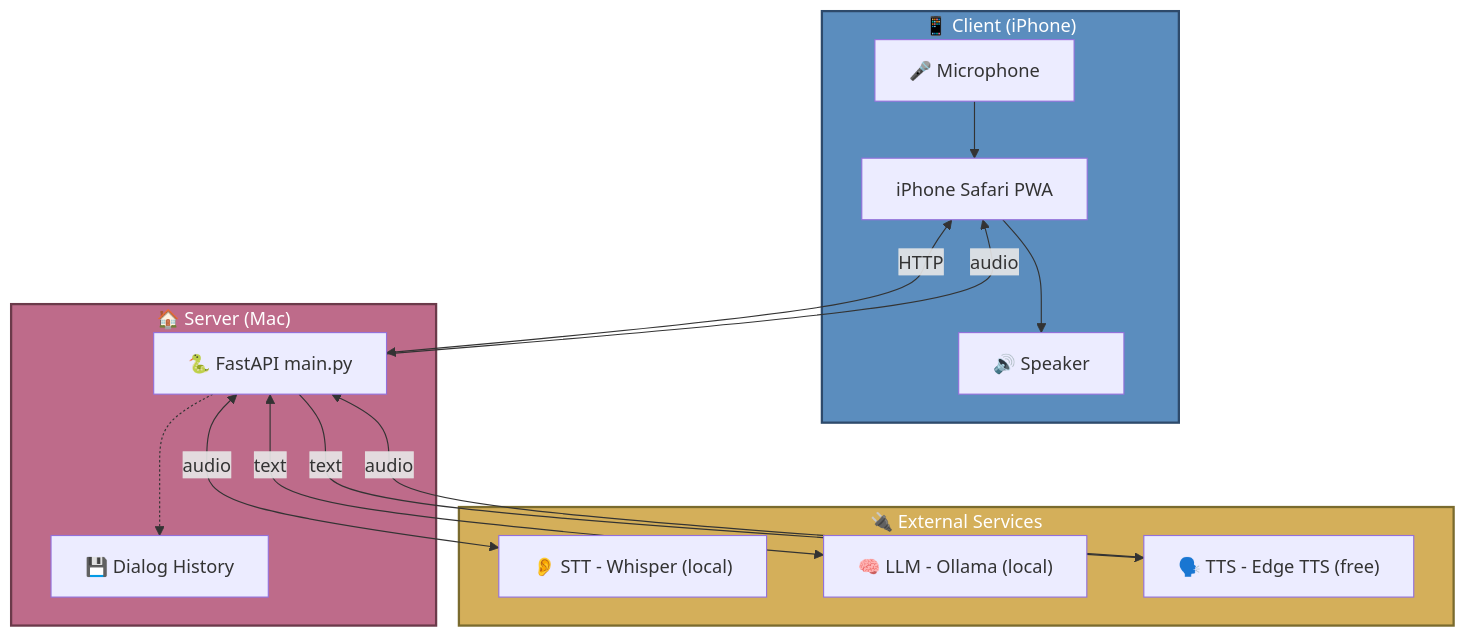
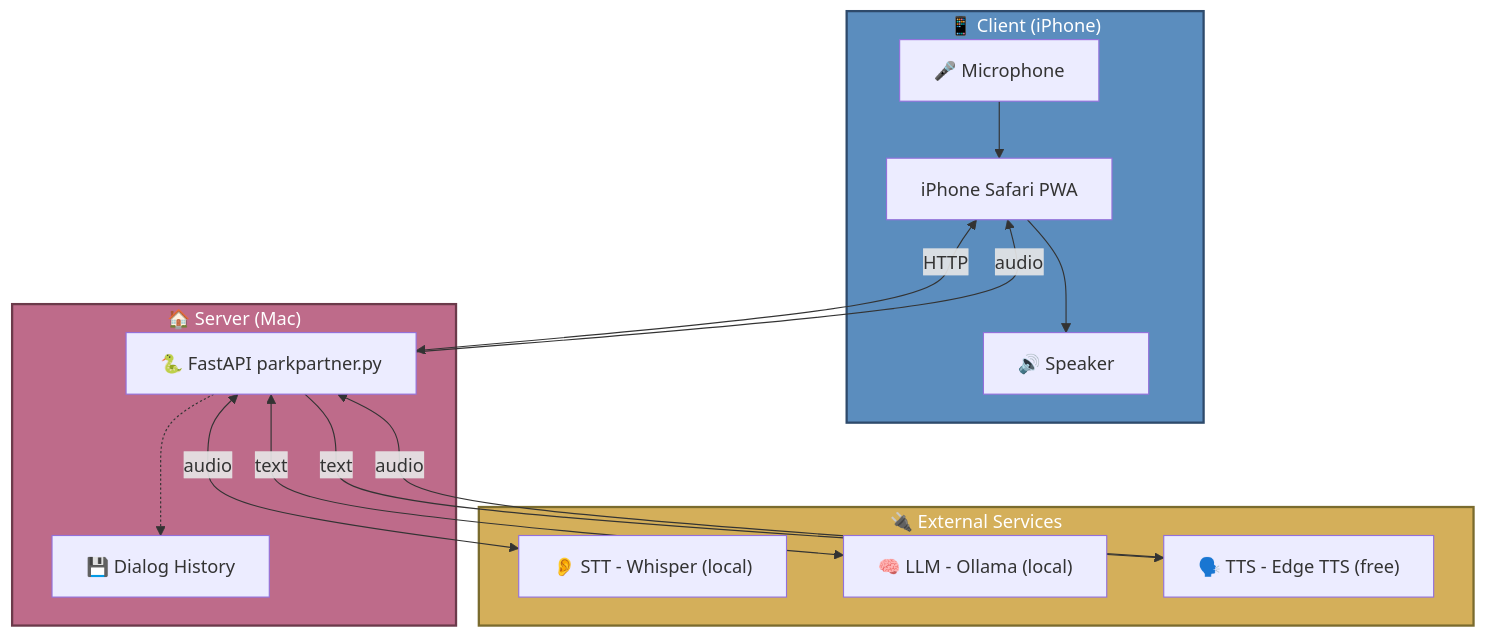
Before and after one commit to globanov/parkpartner: the diagram in docs/architecture.md, drawn with Mermaid. The commit also changed other lines of this file and 5 other files, not shown here.

````diff
--- a/docs/architecture.md
+++ b/docs/architecture.md
@@ -9,33 +9,33 @@
 ```mermaid
 flowchart TD
     subgraph Client["📱 Client (iPhone)"]
         Mic["🎤 Microphone"]
         Browser["iPhone Safari PWA"]
         Speaker["🔊 Speaker"]
     end
 
     subgraph Server["🏠 Server (Mac)"]
-        API["🐍 FastAPI main.py"]
+        API["🐍 FastAPI parkpartner.py"]
         History["💾 Dialog History"]
     end
 
     subgraph External["🔌 External Services"]
         Whisper["👂 STT - Whisper (local)"]
         LLM["🧠 LLM - Ollama (local)"]
         TTS["🗣️ TTS - Edge TTS (free)"]
     end
 
     Mic --> Browser
     Browser <-->|HTTP| API
     API -.-> History
     API <-->|audio| Whisper
     API <-->|text| LLM
     API -->|text| TTS
     TTS -->|audio| API
     API -->|audio| Browser
     Browser --> Speaker
 
     style Client fill:#5B8DBE,stroke:#2E4A6B,stroke-width:2px,color:#FFFFFF
     style Server fill:#BE6B8A,stroke:#6B3A4A,stroke-width:2px,color:#FFFFFF
     style External fill:#D4AF5A,stroke:#7A6B2E,stroke-width:2px,color:#FFFFFF
 ```
````
